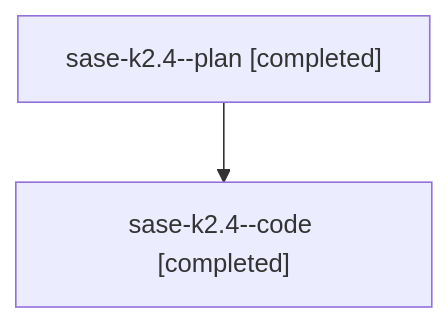
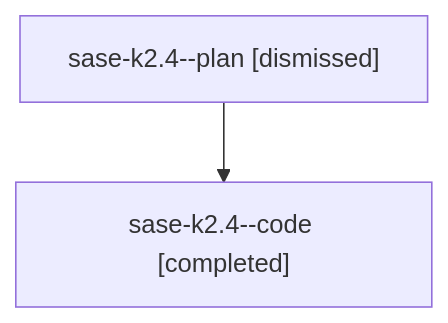
Before and after one commit to sase-org/sase--agents: the diagram in families/bbugyi200.athena.sase-k2.4.md, drawn with Mermaid. The commit also changed other lines of this file and 1607 other files, not shown here.

````diff
--- a/families/bbugyi200.athena.sase-k2.4.md
+++ b/families/bbugyi200.athena.sase-k2.4.md
@@ -9,6 +9,6 @@
 ```mermaid
 flowchart TD
-  n0["sase-k2.4--plan [completed]"]
+  n0["sase-k2.4--plan [dismissed]"]
   n1["sase-k2.4--code [completed]"]
   n0 --> n1
 ```
````
